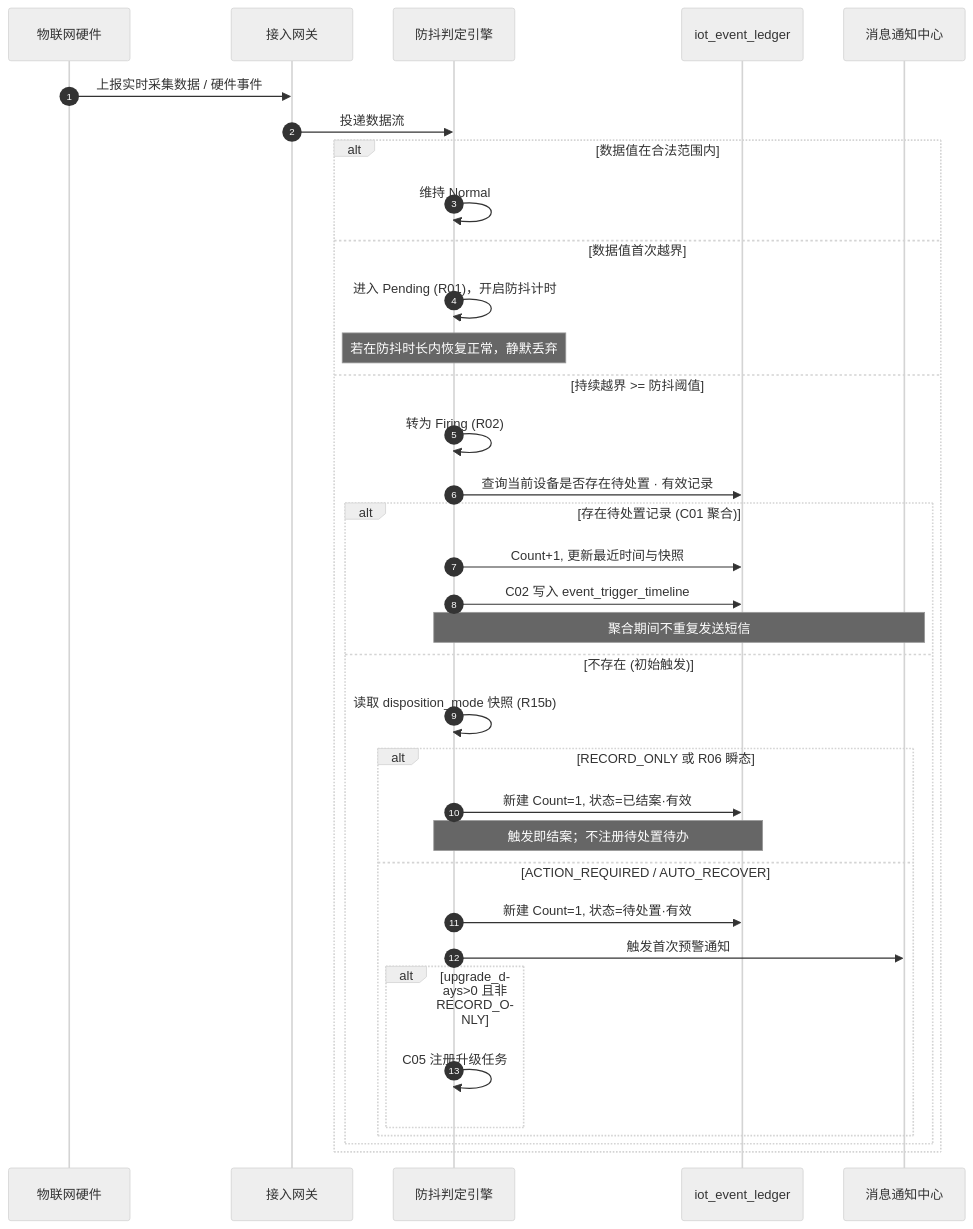
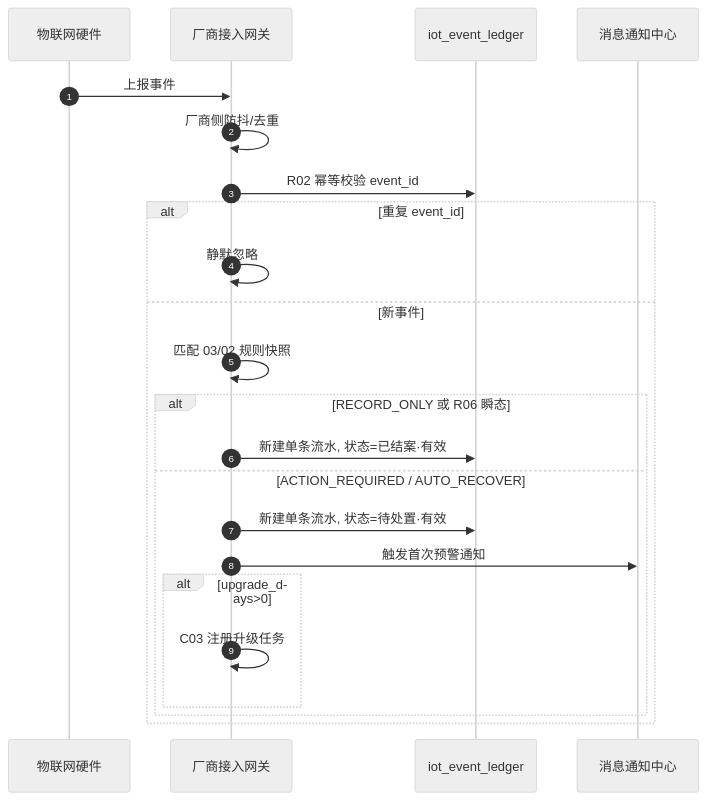
The third of 4 diagrams in 02-PRD文档/B-迭代需求/6.2版本（2026.08）/02-预警信息/01设备预警信息/设备预警信息业务规则规格.md (RobertHuang999/SYZC), drawn with Mermaid (neutral theme) before and after one commit. The commit also changed other lines of this file and 121 other files, not shown here.

````diff
--- a/02-PRD文档/B-迭代需求/6.2版本（2026.08）/02-预警信息/01设备预警信息/设备预警信息业务规则规格.md
+++ b/02-PRD文档/B-迭代需求/6.2版本（2026.08）/02-预警信息/01设备预警信息/设备预警信息业务规则规格.md
@@ -313,38 +280,26 @@
 ```mermaid
 sequenceDiagram
     autonumber
     participant DEV as 物联网硬件
-    participant GW as 接入网关
-    participant ENGINE as 防抖判定引擎
+    participant GW as 厂商接入网关
     participant DB as iot_event_ledger
     participant MSG as 消息通知中心
 
-    DEV->>GW: 上报实时采集数据 / 硬件事件
-    GW->>ENGINE: 投递数据流
-    alt 数据值在合法范围内
-        ENGINE->>ENGINE: 维持 Normal
-    else 数据值首次越界
-        ENGINE->>ENGINE: 进入 Pending (R01)，开启防抖计时
-        Note over ENGINE: 若在防抖时长内恢复正常，静默丢弃
-    else 持续越界 >= 防抖阈值
-        ENGINE->>ENGINE: 转为 Firing (R02)
-        ENGINE->>DB: 查询当前设备是否存在待处置 · 有效记录
-        alt 存在待处置记录 (C01 聚合)
-            ENGINE->>DB: Count+1, 更新最近时间与快照
-            ENGINE->>DB: C02 写入 event_trigger_timeline
-            Note over ENGINE,MSG: 聚合期间不重复发送短信
-        else 不存在 (初始触发)
-            ENGINE->>ENGINE: 读取 disposition_mode 快照 (R15b)
-            alt RECORD_ONLY 或 R06 瞬态
-                ENGINE->>DB: 新建 Count=1, 状态=已结案·有效
-                Note over ENGINE,DB: 触发即结案；不注册待处置待办
-            else ACTION_REQUIRED / AUTO_RECOVER
-                ENGINE->>DB: 新建 Count=1, 状态=待处置·有效
-                ENGINE->>MSG: 触发首次预警通知
-                alt upgrade_days>0 且非 RECORD_ONLY
-                    ENGINE->>ENGINE: C05 注册升级任务
-                end
+    DEV->>GW: 上报事件
+    GW->>GW: 厂商侧防抖/去重
+    GW->>DB: R02 幂等校验 event_id
+    alt 重复 event_id
+        GW->>GW: 静默忽略
+    else 新事件
+        GW->>GW: 匹配 03/02 规则快照
+        alt RECORD_ONLY 或 R06 瞬态
+            GW->>DB: 新建单条流水, 状态=已结案·有效
+        else ACTION_REQUIRED / AUTO_RECOVER
+            GW->>DB: 新建单条流水, 状态=待处置·有效
+            GW->>MSG: 触发首次预警通知
+            alt upgrade_days>0
+                GW->>GW: C03 注册升级任务
             end
         end
     end
 ```
````
